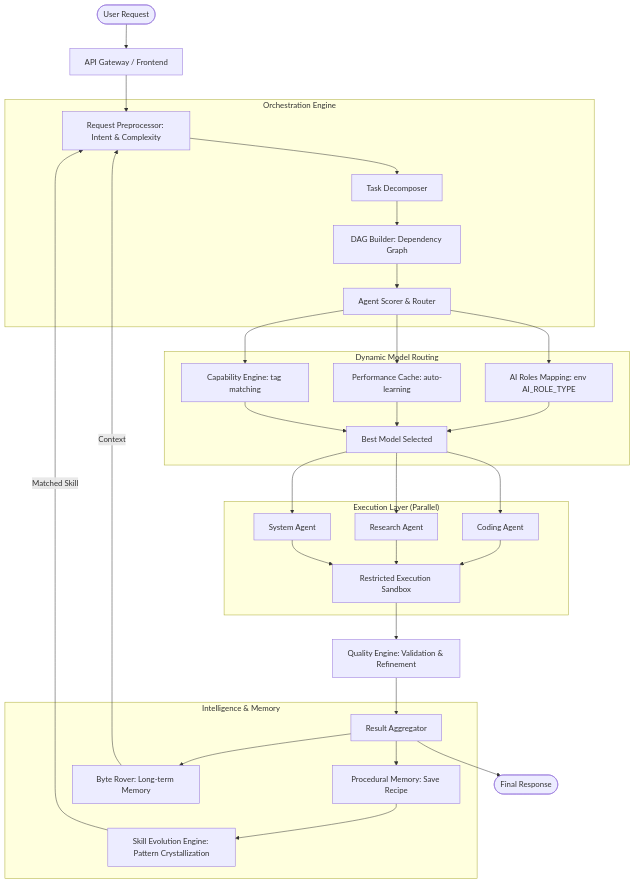
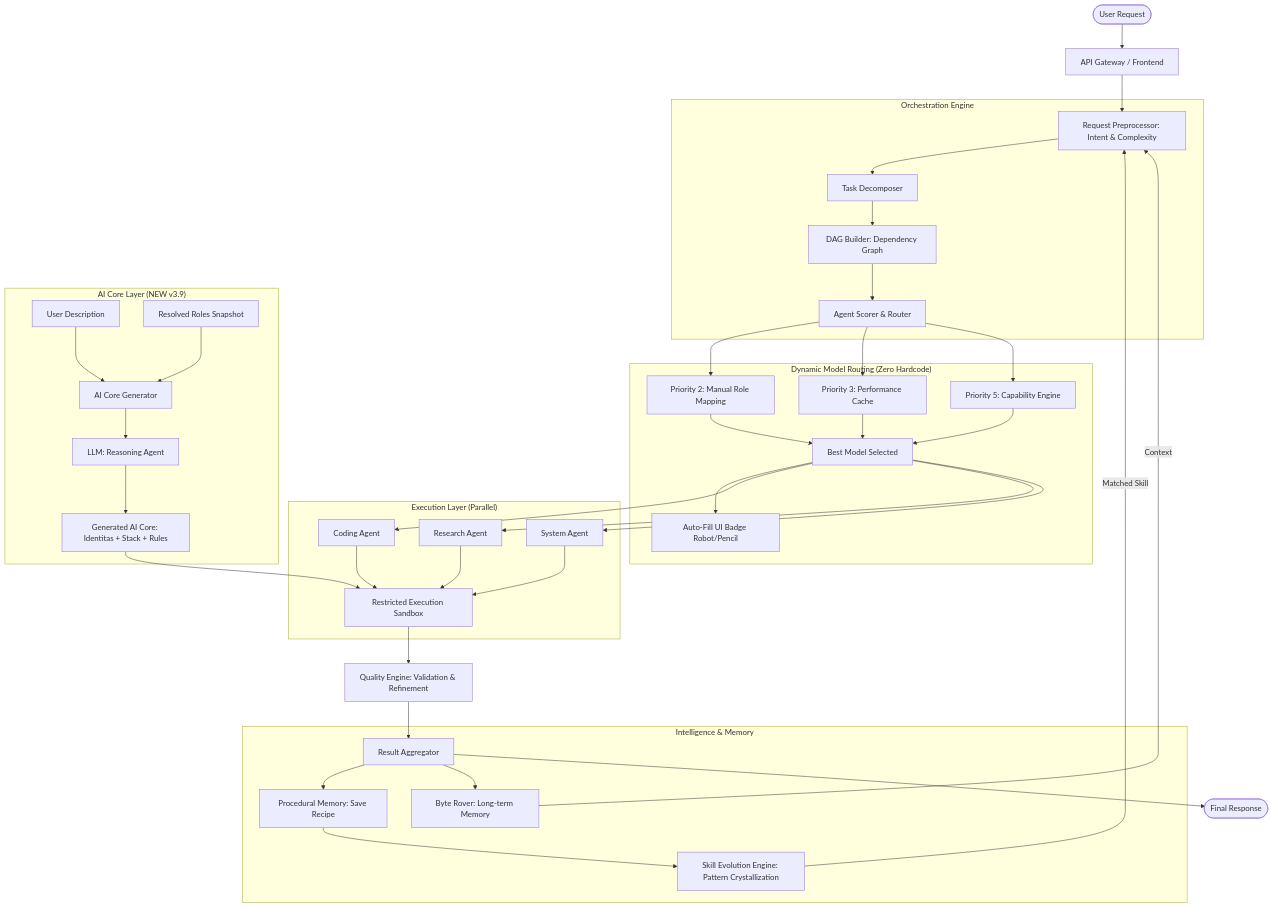
One commit to maztfajar/ai-super changed the diagram in README.md. Above: the diagram before and after it, drawn with Mermaid. The commit also changed other lines of this file and 5 other files, not shown here.

Commit message:
feat: implement AI role resolution display in integrations and add AI core generator to settings

````diff
--- a/README.md
+++ b/README.md
@@ -62,38 +161,47 @@
 ```mermaid
 graph TD
     User([User Request]) --> Gateway[API Gateway / Frontend]
     Gateway --> Preprocessor[Request Preprocessor: Intent & Complexity]
 
     subgraph "Orchestration Engine"
         Preprocessor --> Decomposer[Task Decomposer]
         Decomposer --> DAG[DAG Builder: Dependency Graph]
         DAG --> Scorer[Agent Scorer & Router]
     end
 
-    subgraph "Dynamic Model Routing"
-        Scorer --> RoleMap[AI Roles Mapping: env AI_ROLE_TYPE]
-        Scorer --> PerfCache[Performance Cache: auto-learning]
-        Scorer --> CapEngine[Capability Engine: tag matching]
-        RoleMap & PerfCache & CapEngine --> ModelSelect[Best Model Selected]
+    subgraph "Dynamic Model Routing (Zero Hardcode)"
+        Scorer --> P2[Priority 2: Manual Role Mapping]
+        Scorer --> P3[Priority 3: Performance Cache]
+        Scorer --> P5[Priority 5: Capability Engine]
+        P2 & P3 & P5 --> ModelSelect[Best Model Selected]
+        ModelSelect --> AutoFill[Auto-Fill UI Badge Robot/Pencil]
     end
 
     subgraph "Execution Layer (Parallel)"
         ModelSelect --> Agent1[Coding Agent]
         ModelSelect --> Agent2[Research Agent]
         ModelSelect --> Agent3[System Agent]
         Agent1 & Agent2 & Agent3 --> Sandbox[Restricted Execution Sandbox]
+    end
+
+    subgraph "AI Core Layer (NEW v3.9)"
+        UserDesc[User Description] --> CoreGen[AI Core Generator]
+        RoleMap[Resolved Roles Snapshot] --> CoreGen
+        CoreGen --> LLM[LLM: Reasoning Agent]
+        LLM --> AiCore[Generated AI Core: Identitas + Stack + Rules]
+        AiCore --> Sandbox
     end
 
     Sandbox --> Quality[Quality Engine: Validation & Refinement]
     Quality --> Aggregator[Result Aggregator]
 
     subgraph "Intelligence & Memory"
         Aggregator --> PM[Procedural Memory: Save Recipe]
         PM --> SE[Skill Evolution Engine: Pattern Crystallization]
         SE -- Matched Skill --> Preprocessor
         Aggregator --> BR[Byte Rover: Long-term Memory]
         BR -- Context --> Preprocessor
     end
 
     Aggregator --> Response([Final Response])
 ```
````
